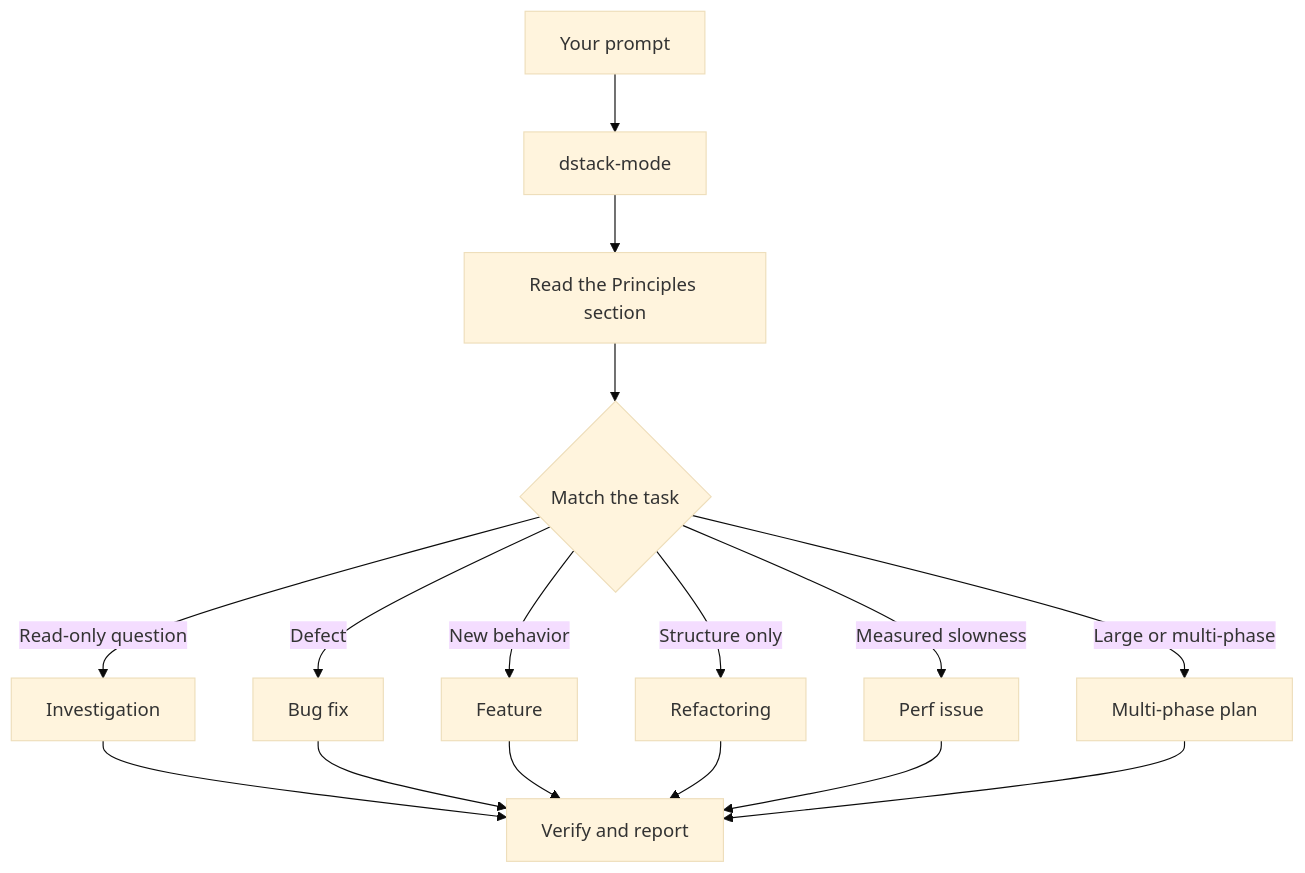
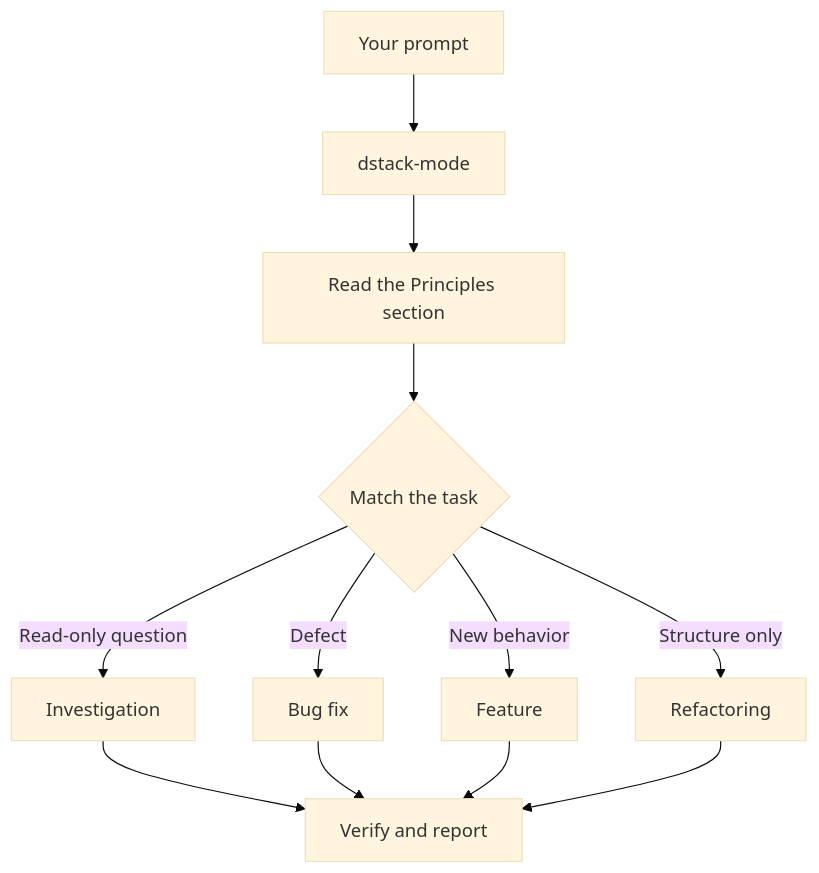
The diagram in skills/dstack-help/references/guide/02-dstack-mode.md (dimitriskourg/dstack), drawn with Mermaid (base theme) before and after one commit. The commit also changed other lines of this file and 19 other files, not shown here.

First line of the commit message:
Drop Eval, Perf issue, Multi-phase plan, and benchmark-checklist

````diff
--- a/skills/dstack-help/references/guide/02-dstack-mode.md
+++ b/skills/dstack-help/references/guide/02-dstack-mode.md
@@ -7,18 +7,14 @@
 ```mermaid
 flowchart TD
     A[Your prompt] --> B[dstack-mode]
     B --> C[Read the Principles section]
     C --> D{Match the task}
     D -->|Read-only question| E[Investigation]
     D -->|Defect| F[Bug fix]
     D -->|New behavior| G[Feature]
     D -->|Structure only| H[Refactoring]
-    D -->|Measured slowness| I[Perf issue]
-    D -->|Large or multi-phase| J[Multi-phase plan]
     E --> K[Verify and report]
     F --> K
     G --> K
     H --> K
-    I --> K
-    J --> K
 ```
````
